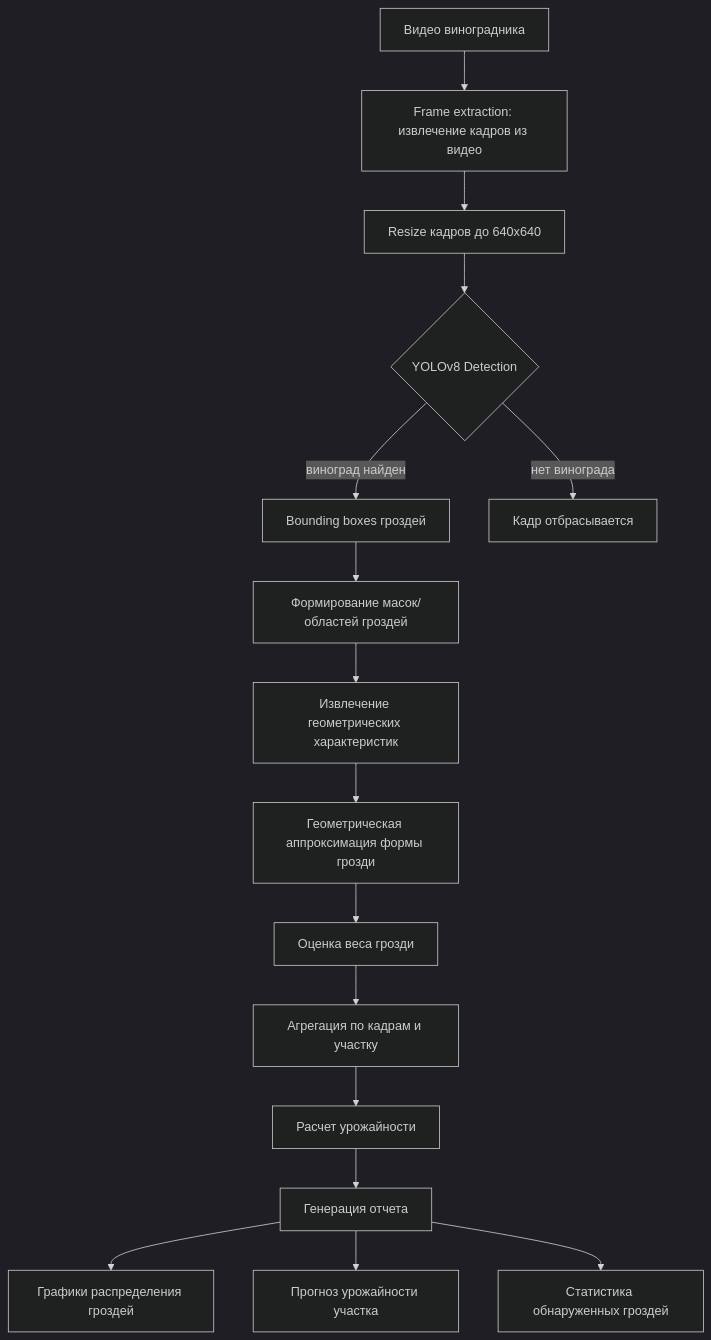
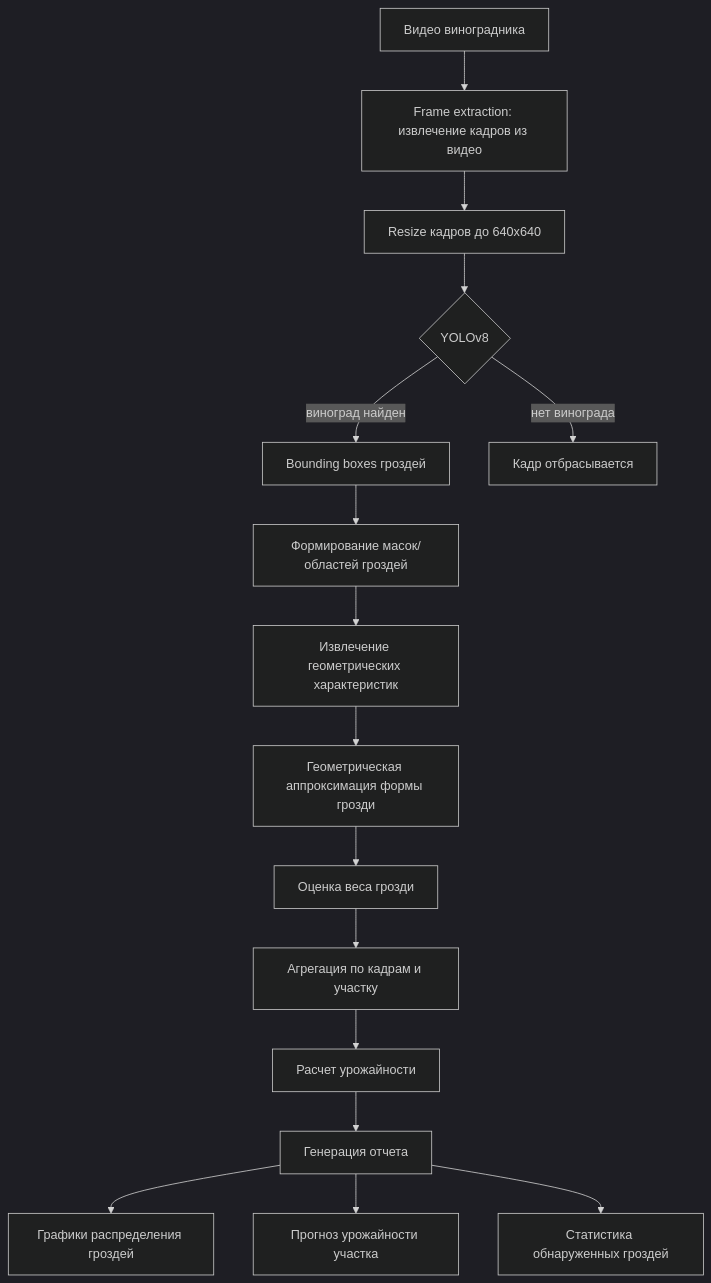
One commit to KillReggin/Diplom changed the diagram in ML_System_Design_Doc_Template.md. Above: the diagram before and after it, drawn with Mermaid (dark theme).

Commit message:
ML_System_Design_Doc_Template.md

````diff
--- a/ML_System_Design_Doc_Template.md
+++ b/ML_System_Design_Doc_Template.md
@@ -168,24 +168,24 @@
 ```mermaid
 flowchart TD
   A[Видео виноградника] --> B[Frame extraction: извлечение кадров из видео]
   B --> C[Resize кадров до 640x640]
-  C --> D{YOLOv8 Detection}
+  C --> D{YOLOv8}
 
   D -->|виноград найден| E[Bounding boxes гроздей]
   D -->|нет винограда| F[Кадр отбрасывается]
 
   E --> G[Формирование масок/областей гроздей]
   G --> H[Извлечение геометрических характеристик]
 
   H --> I[Геометрическая аппроксимация формы грозди]
   I --> J[Оценка веса грозди]
 
   J --> K[Агрегация по кадрам и участку]
   K --> L[Расчет урожайности]
 
   L --> M[Генерация отчета]
 
   M --> N[Графики распределения гроздей]
   M --> O[Прогноз урожайности участка]
   M --> P[Статистика обнаруженных гроздей]
 ```
````
